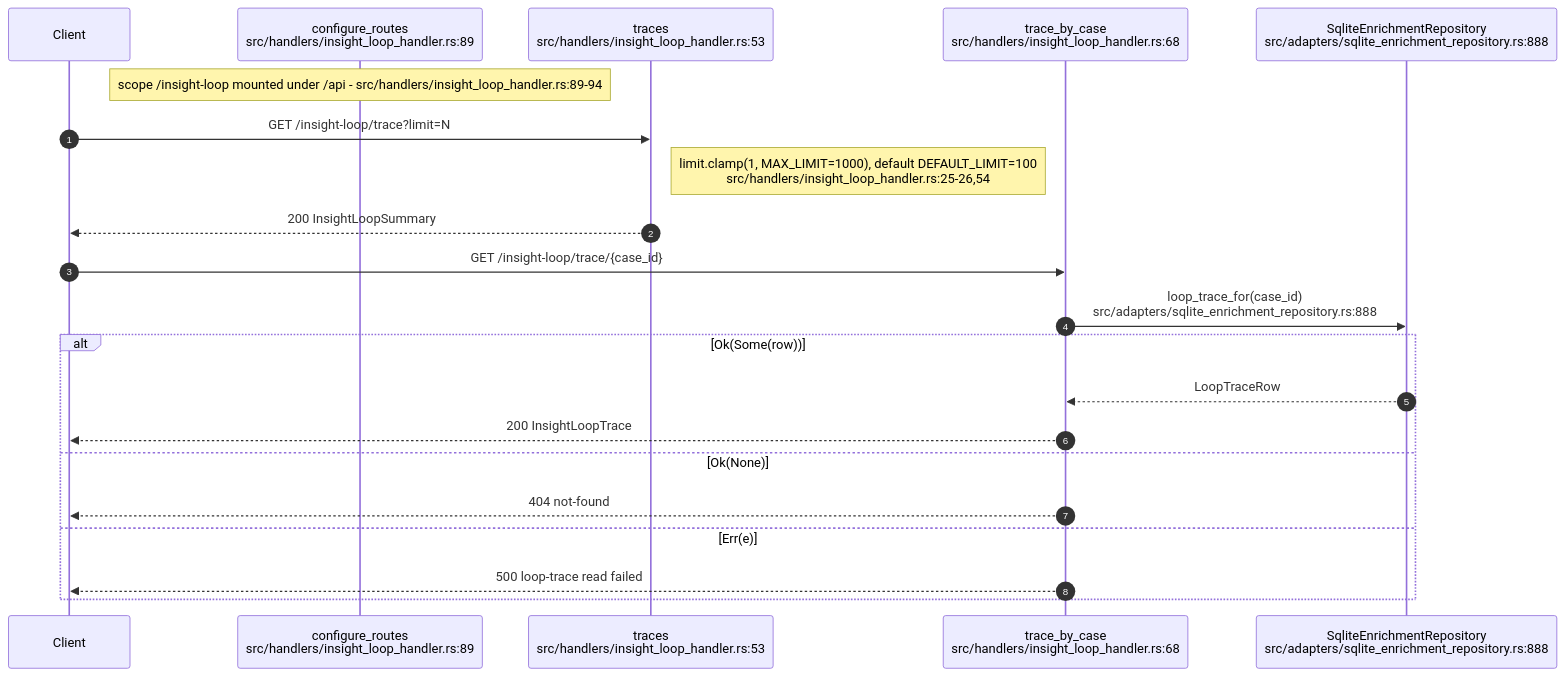
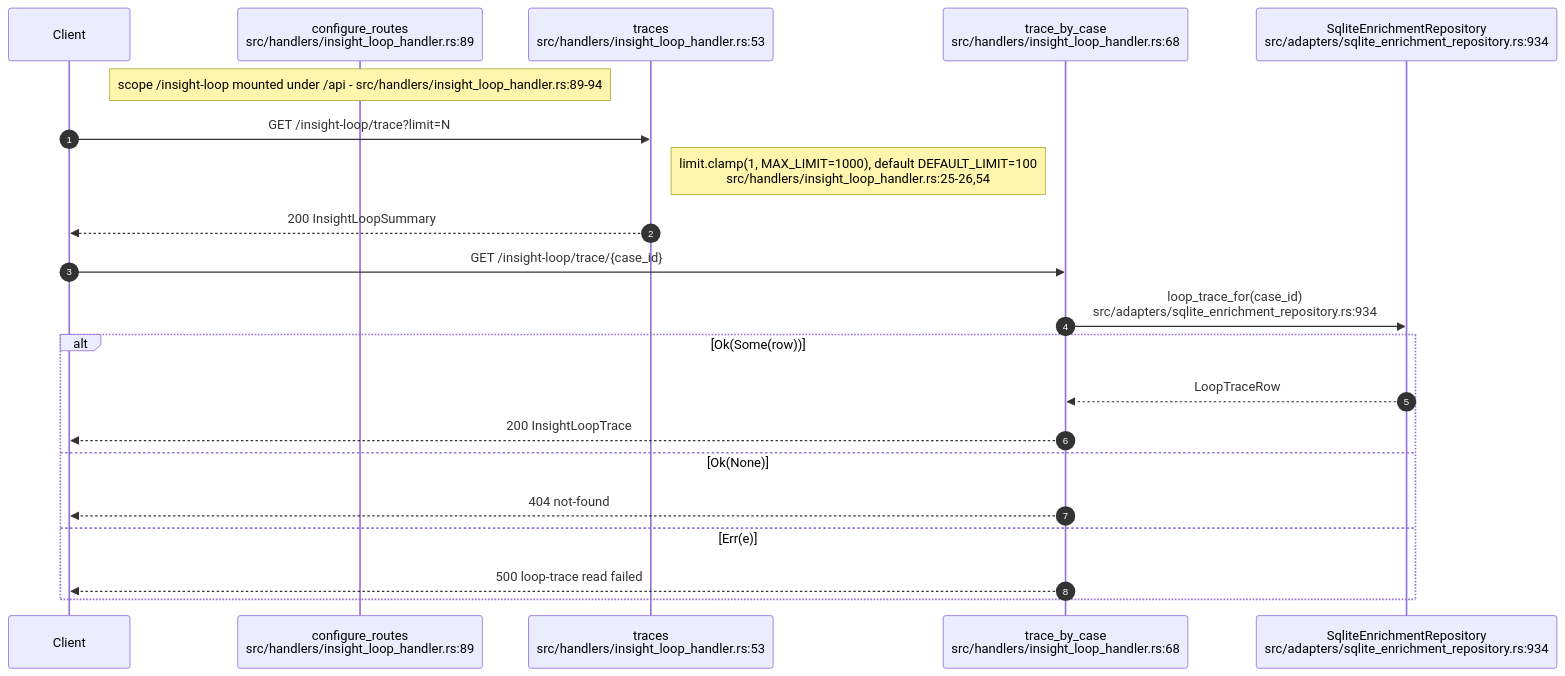
The second of 12 diagrams in docs/diagrams/visionclaw/25-insight-kpi-nlq-semantics.md (DreamLab-AI/VisionFlow), drawn with Mermaid before and after one commit. The commit also changed other lines of this file and 7 other files, not shown here.

First line of the commit message:
diagrams(visionclaw): re-verify VC-25..28 and VC-30..33 at visionclaw 4900ec60b, agentbox 59b1aca1c

````diff
--- a/docs/diagrams/visionclaw/25-insight-kpi-nlq-semantics.md
+++ b/docs/diagrams/visionclaw/25-insight-kpi-nlq-semantics.md
@@ -108,24 +109,24 @@
 ```mermaid
 sequenceDiagram
     autonumber
     participant C as Client
     participant Cfg as configure_routes<br/>src/handlers/insight_loop_handler.rs:89
     participant T as traces<br/>src/handlers/insight_loop_handler.rs:53
     participant TC as trace_by_case<br/>src/handlers/insight_loop_handler.rs:68
-    participant R as SqliteEnrichmentRepository<br/>src/adapters/sqlite_enrichment_repository.rs:888
+    participant R as SqliteEnrichmentRepository<br/>src/adapters/sqlite_enrichment_repository.rs:934
 
     Note over Cfg: scope /insight-loop mounted under /api - src/handlers/insight_loop_handler.rs:89-94
     C->>T: GET /insight-loop/trace?limit=N
     Note right of T: limit.clamp(1, MAX_LIMIT=1000), default DEFAULT_LIMIT=100<br/>src/handlers/insight_loop_handler.rs:25-26,54
     T-->>C: 200 InsightLoopSummary
     C->>TC: GET /insight-loop/trace/{case_id}
-    TC->>R: loop_trace_for(case_id)<br/>src/adapters/sqlite_enrichment_repository.rs:888
+    TC->>R: loop_trace_for(case_id)<br/>src/adapters/sqlite_enrichment_repository.rs:934
     alt Ok(Some(row))
         R-->>TC: LoopTraceRow
         TC-->>C: 200 InsightLoopTrace
     else Ok(None)
         TC-->>C: 404 not-found
     else Err(e)
         TC-->>C: 500 loop-trace read failed
     end
 ```
````
